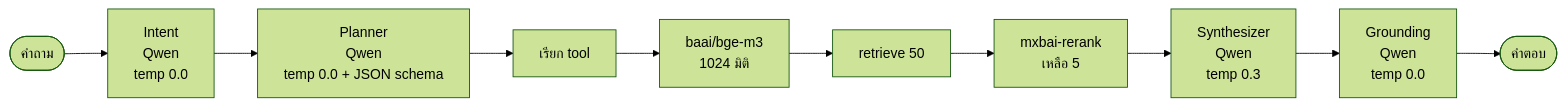
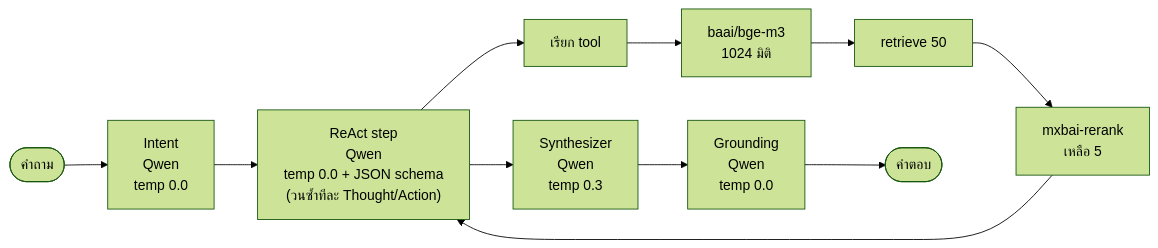
One commit to LLM-CE-KMITL/mcp-workshop changed the diagram in INSTRUCTIONS/reference/model-stack.md. Above: the diagram before and after it, drawn with Mermaid (forest theme). The commit also changed other lines of this file and 38 other files, not shown here.

````diff
--- a/INSTRUCTIONS/reference/model-stack.md
+++ b/INSTRUCTIONS/reference/model-stack.md
@@ -3,12 +3,13 @@
 ```mermaid
 flowchart LR
     Q(["คำถาม"]) --> I["Intent<br/>Qwen<br/>temp 0.0"]
-    I --> P["Planner<br/>Qwen<br/>temp 0.0 + JSON schema"]
-    P --> T["เรียก tool"]
+    I --> R["ReAct step<br/>Qwen<br/>temp 0.0 + JSON schema<br/>(วนซ้ำทีละ Thought/Action)"]
+    R --> T["เรียก tool"]
     T --> EMB["baai/bge-m3<br/>1024 มิติ"]
     EMB --> RET["retrieve 50"]
     RET --> RR["mxbai-rerank<br/>เหลือ 5"]
-    RR --> S["Synthesizer<br/>Qwen<br/>temp 0.3"]
+    RR --> R
+    R --> S["Synthesizer<br/>Qwen<br/>temp 0.3"]
     S --> G["Grounding<br/>Qwen<br/>temp 0.0"]
     G --> A(["คำตอบ"])
 ```
````
